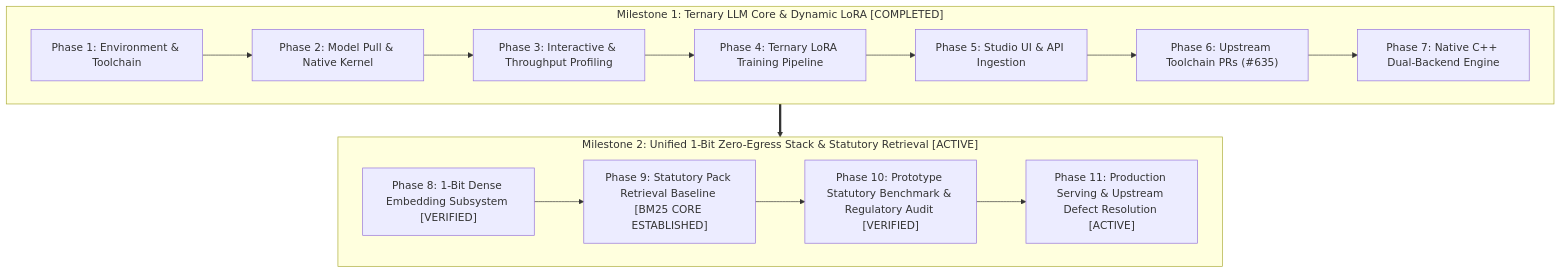
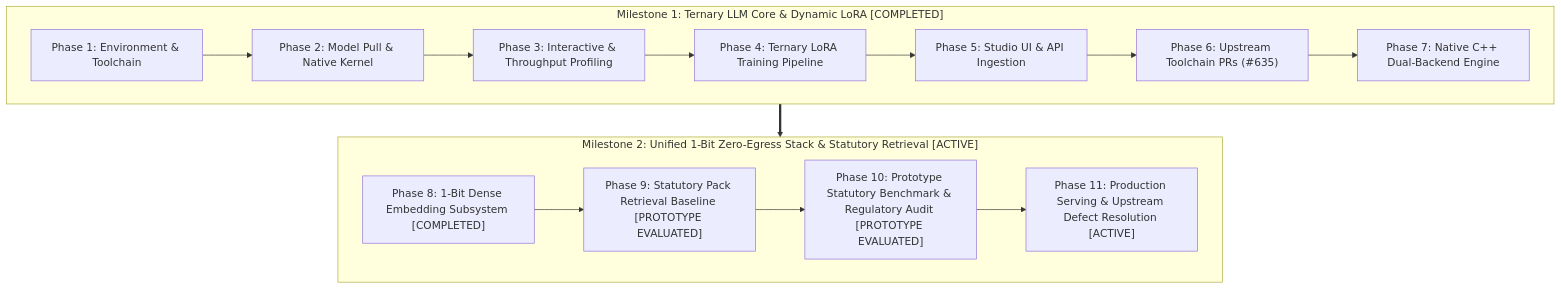
The second of 2 diagrams in docs/ROADMAP.md (knowthankyew/event-driven-ftaas), drawn with Mermaid before and after one commit. The commit also changed other lines of this file and 47 other files, not shown here.

````diff
--- a/docs/ROADMAP.md
+++ b/docs/ROADMAP.md
@@ -104,22 +104,22 @@
 ```mermaid
 flowchart TD
     subgraph M1["Milestone 1: Ternary LLM Core & Dynamic LoRA [COMPLETED]"]
         P1["Phase 1: Environment & Toolchain"] --> P2["Phase 2: Model Pull & Native Kernel"]
         P2 --> P3["Phase 3: Interactive & Throughput Profiling"]
         P3 --> P4["Phase 4: Ternary LoRA Training Pipeline"]
         P4 --> P5["Phase 5: Studio UI & API Ingestion"]
         P5 --> P6["Phase 6: Upstream Toolchain PRs (#635)"]
         P6 --> P7["Phase 7: Native C++ Dual-Backend Engine"]
     end
 
     subgraph M2["Milestone 2: Unified 1-Bit Zero-Egress Stack & Statutory Retrieval [ACTIVE]"]
-        P8["Phase 8: 1-Bit Dense Embedding Subsystem [VERIFIED]"]
-        P9["Phase 9: Statutory Pack Retrieval Baseline [BM25 CORE ESTABLISHED]"]
-        P10["Phase 10: Prototype Statutory Benchmark & Regulatory Audit [VERIFIED]"]
+        P8["Phase 8: 1-Bit Dense Embedding Subsystem [COMPLETED]"]
+        P9["Phase 9: Statutory Pack Retrieval Baseline [PROTOTYPE EVALUATED]"]
+        P10["Phase 10: Prototype Statutory Benchmark & Regulatory Audit [PROTOTYPE EVALUATED]"]
         P11["Phase 11: Production Serving & Upstream Defect Resolution [ACTIVE]"]
         
         P8 --> P9 --> P10 --> P11
     end
 
     M1 ==> M2
 ```
````
